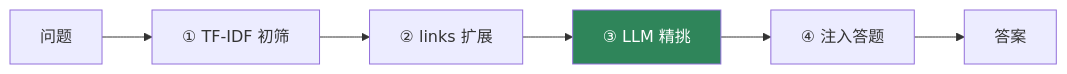
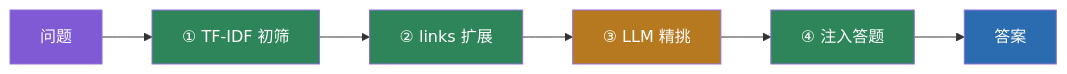
One commit to Baixiaodou/comm-knowledge-graph changed the sixth of 8 diagrams in README.md. Above: the diagram before and after it, drawn with Mermaid. The commit also changed other lines of this file, not shown here.

Commit message:
docs: 修正统计（core 31/leaf 27、思维链 31、连接 271/跨树 76）并统一 mermaid 流程图风格

````diff
--- a/README.md
+++ b/README.md
@@ -314,9 +321,14 @@
 ```mermaid
 flowchart LR
-    Q[问题] --> A["① TF-IDF 初筛"]
+    Q["问题"] --> A["① TF-IDF 初筛"]
     A --> B["② links 扩展"]
     B --> C["③ LLM 精挑"]
     C --> D["④ 注入答题"]
-    D --> E[答案]
-    style C fill:#2f855a,color:#fff
+    D --> E["答案"]
+    style Q fill:#805ad5,color:#fff
+    style A fill:#2f855a,color:#fff
+    style B fill:#2f855a,color:#fff
+    style C fill:#b7791f,color:#fff
+    style D fill:#2f855a,color:#fff
+    style E fill:#2b6cb0,color:#fff
 ```
````
